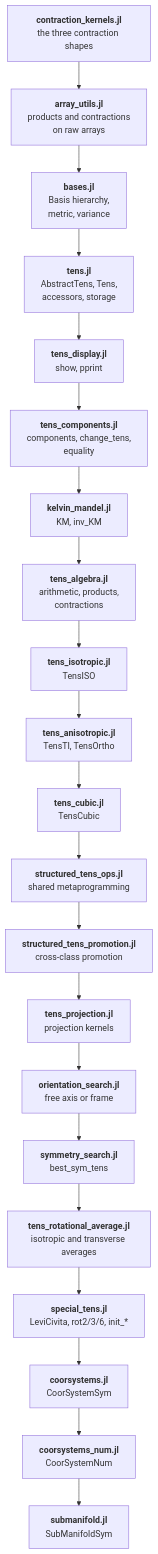
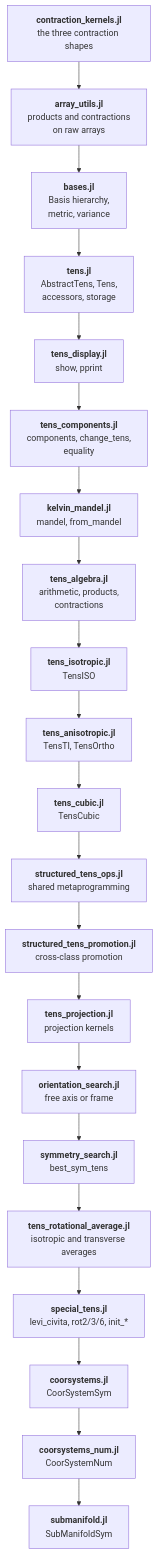
One commit to MicroPoroChemoMechanics/TensND.jl changed the diagram in docs/src/developer/architecture.md. Above: the diagram before and after it, drawn with Mermaid. The commit also changed 103 other files, not shown here.

````diff
--- a/docs/src/developer/architecture.md
+++ b/docs/src/developer/architecture.md
@@ -8,26 +8,26 @@
 ```mermaid
 %%{init: {"flowchart": {"useMaxWidth": false}}}%%
 flowchart TB
     CK["<b>contraction_kernels.jl</b><br/>the three contraction shapes"]
     AU["<b>array_utils.jl</b><br/>products and contractions<br/>on raw arrays"]
     BA["<b>bases.jl</b><br/>Basis hierarchy,<br/>metric, variance"]
     TE["<b>tens.jl</b><br/>AbstractTens, Tens,<br/>accessors, storage"]
     TD["<b>tens_display.jl</b><br/>show, pprint"]
     TC["<b>tens_components.jl</b><br/>components, change_tens,<br/>equality"]
-    KMF["<b>kelvin_mandel.jl</b><br/>KM, inv_KM"]
+    KMF["<b>kelvin_mandel.jl</b><br/>mandel, from_mandel"]
     TA["<b>tens_algebra.jl</b><br/>arithmetic, products,<br/>contractions"]
     ISO["<b>tens_isotropic.jl</b><br/>TensISO"]
     ANI["<b>tens_anisotropic.jl</b><br/>TensTI, TensOrtho"]
     CUB["<b>tens_cubic.jl</b><br/>TensCubic"]
     OPS["<b>structured_tens_ops.jl</b><br/>shared metaprogramming"]
     PRO["<b>structured_tens_promotion.jl</b><br/>cross-class promotion"]
     PRJ["<b>tens_projection.jl</b><br/>projection kernels"]
     ORI["<b>orientation_search.jl</b><br/>free axis or frame"]
     SYM["<b>symmetry_search.jl</b><br/>best_sym_tens"]
     RA["<b>tens_rotational_average.jl</b><br/>isotropic and transverse averages"]
-    SPE["<b>special_tens.jl</b><br/>LeviCivita, rot2/3/6, init_*"]
+    SPE["<b>special_tens.jl</b><br/>levi_civita, rot2/3/6, init_*"]
     CSS["<b>coorsystems.jl</b><br/>CoorSystemSym"]
     CSN["<b>coorsystems_num.jl</b><br/>CoorSystemNum"]
     SUB["<b>submanifold.jl</b><br/>SubManifoldSym"]
     CK --> AU --> BA --> TE --> TD --> TC --> KMF --> TA --> ISO --> ANI --> CUB --> OPS --> PRO --> PRJ --> ORI --> SYM --> RA --> SPE --> CSS --> CSN --> SUB
 ```
````
